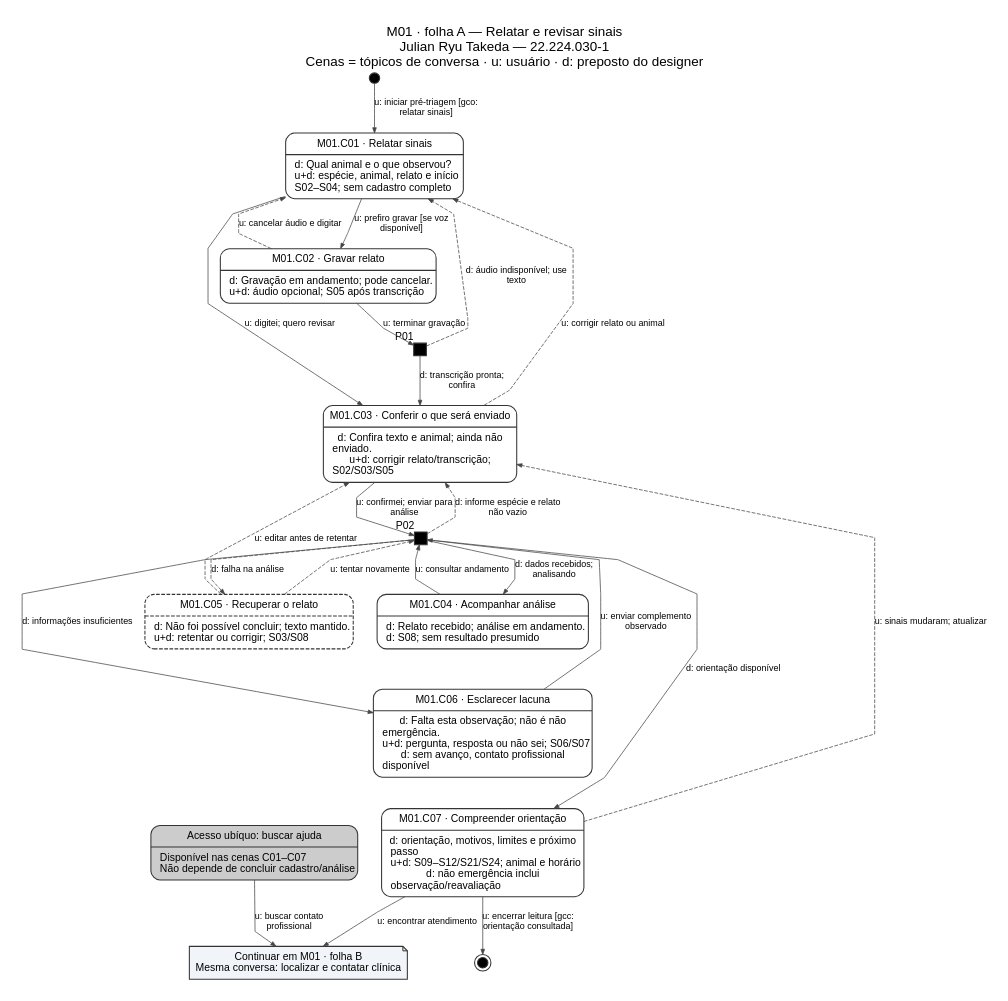
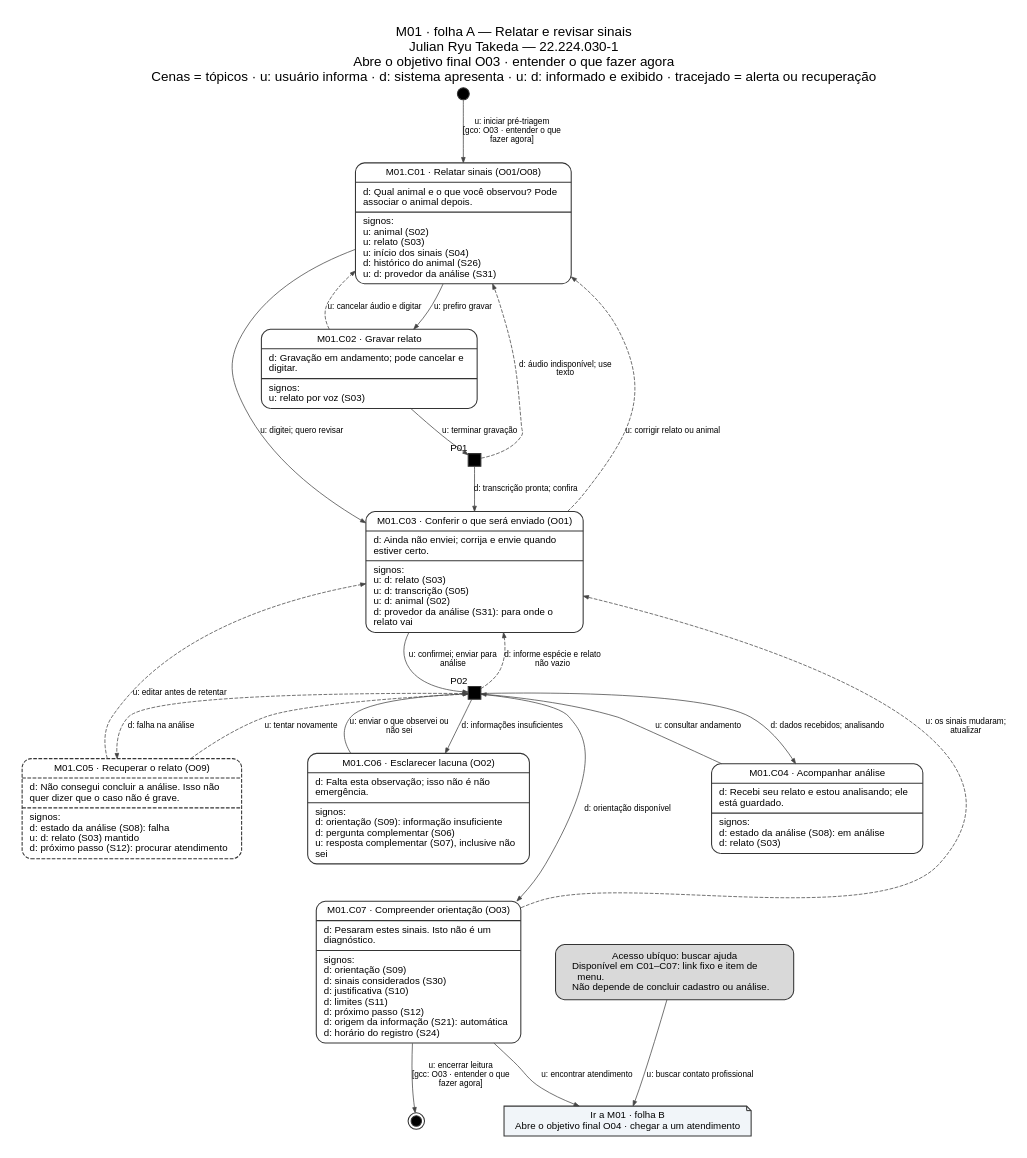
Before and after one commit to Ryu2525/INTERFACE-HUMANO-COMPUTADOR: the diagram in assets/10_molic/molic_m01.dot, drawn with Graphviz. The commit also changed 16 other files, not shown here.

```diff
--- a/assets/10_molic/molic_m01.dot
+++ b/assets/10_molic/molic_m01.dot
@@ -1,41 +1,42 @@
 digraph molic {
-graph [rankdir=TB, bgcolor="white", pad="0.3", nodesep="0.45", ranksep="0.55", splines=polyline, fontname="Arial", fontsize=18, labelloc=t, label="M01 · folha A — Relatar e revisar sinais\nJulian Ryu Takeda — 22.224.030-1\nCenas = tópicos de conversa · u: usuário · d: preposto do designer"];
-node [fontname="Arial", fontsize=14, color="#343434", penwidth=1.4, margin="0.16,0.10"];
-edge [fontname="Arial", fontsize=12, color="#454545", arrowsize=0.7];
-C01 [shape="Mrecord", label="{M01.C01 · Relatar sinais|d: Qual animal e o que observou?\lu+d: espécie, animal, relato e início\lS02–S04; sem cadastro completo\l}", style="solid"];
-inicio [shape="circle", style="filled", fillcolor="black", width="0.20", height="0.20", fixedsize="true", label=""];
-C02 [shape="Mrecord", label="{M01.C02 · Gravar relato|d: Gravação em andamento; pode cancelar.\lu+d: áudio opcional; S05 após transcrição\l}", style="solid"];
-P01 [shape="square", style="filled", fillcolor="black", width="0.23", height="0.23", fixedsize="true", label="", xlabel="P01"];
-P02 [shape="square", style="filled", fillcolor="black", width="0.23", height="0.23", fixedsize="true", label="", xlabel="P02"];
-C03 [shape="Mrecord", label="{M01.C03 · Conferir o que será enviado|d: Confira texto e animal; ainda não\nenviado.\lu+d: corrigir relato/transcrição;\nS02/S03/S05\l}", style="solid"];
-C04 [shape="Mrecord", label="{M01.C04 · Acompanhar análise|d: Relato recebido; análise em andamento.\ld: S08; sem resultado presumido\l}", style="solid"];
-C05 [shape="Mrecord", label="{M01.C05 · Recuperar o relato|d: Não foi possível concluir; texto mantido.\lu+d: retentar ou corrigir; S03/S08\l}", style="dashed"];
-C06 [shape="Mrecord", label="{M01.C06 · Esclarecer lacuna|d: Falta esta observação; não é não\nemergência.\lu+d: pergunta, resposta ou não sei; S06/S07\ld: sem avanço, contato profissional\ndisponível\l}", style="solid"];
-C07 [shape="Mrecord", label="{M01.C07 · Compreender orientação|d: orientação, motivos, limites e próximo\npasso\lu+d: S09–S12/S21/S24; animal e horário\ld: não emergência inclui\nobservação/reavaliação\l}", style="solid"];
-B [shape="note", style="filled", fillcolor="#f1f5f9", label="Continuar em M01 · folha B\nMesma conversa: localizar e contatar clínica"];
-U [shape="Mrecord", label="{Acesso ubíquo: buscar ajuda|Disponível nas cenas C01–C07\lNão depende de concluir cadastro/análise\l}", style="filled", fillcolor="#cccccc"];
+graph [rankdir=TB, bgcolor="white", pad="0.3", nodesep="0.6", ranksep="0.65", splines=true, fontname="Arial", fontsize=18, labelloc=t, label="M01 · folha A — Relatar e revisar sinais\nJulian Ryu Takeda — 22.224.030-1\nAbre o objetivo final O03 · entender o que fazer agora\nCenas = tópicos · u: usuário informa · d: sistema apresenta · u: d: informado e exibido · tracejado = alerta ou recuperação"];
+node [fontname="Arial", fontsize=13, color="#343434", penwidth=1.4, margin="0.14,0.08"];
+edge [fontname="Arial", fontsize=11, color="#454545", arrowsize=0.7];
+inicio [shape="circle", style="filled", fillcolor="black", width="0.22", height="0.22", fixedsize="true", label=""];
+C01 [shape="Mrecord", style="solid", label="{M01.C01 · Relatar sinais (O01/O08)|d: Qual animal e o que você observou? Pode\l   associar o animal depois.\l|signos:\lu: animal (S02)\lu: relato (S03)\lu: início dos sinais (S04)\ld: histórico do animal (S26)\lu: d: provedor da análise (S31)\l}"];
+C02 [shape="Mrecord", style="solid", label="{M01.C02 · Gravar relato|d: Gravação em andamento; pode cancelar e\l   digitar.\l|signos:\lu: relato por voz (S03)\l}"];
+P01 [shape="square", style="filled", fillcolor="black", width="0.24", height="0.24", fixedsize="true", label="", xlabel="P01"];
+C03 [shape="Mrecord", style="solid", label="{M01.C03 · Conferir o que será enviado (O01)|d: Ainda não enviei; corrija e envie quando\l   estiver certo.\l|signos:\lu: d: relato (S03)\lu: d: transcrição (S05)\lu: d: animal (S02)\ld: provedor da análise (S31): para onde o\l      relato vai\l}"];
+P02 [shape="square", style="filled", fillcolor="black", width="0.24", height="0.24", fixedsize="true", label="", xlabel="P02"];
+C04 [shape="Mrecord", style="solid", label="{M01.C04 · Acompanhar análise|d: Recebi seu relato e estou analisando; ele\l   está guardado.\l|signos:\ld: estado da análise (S08): em análise\ld: relato (S03)\l}"];
+C05 [shape="Mrecord", style="dashed", label="{M01.C05 · Recuperar o relato (O09)|d: Não consegui concluir a análise. Isso não\l   quer dizer que o caso não é grave.\l|signos:\ld: estado da análise (S08): falha\lu: d: relato (S03) mantido\ld: próximo passo (S12): procurar atendimento\l}"];
+C06 [shape="Mrecord", style="solid", label="{M01.C06 · Esclarecer lacuna (O02)|d: Falta esta observação; isso não é não\l   emergência.\l|signos:\ld: orientação (S09): informação insuficiente\ld: pergunta complementar (S06)\lu: resposta complementar (S07), inclusive não\l      sei\l}"];
+C07 [shape="Mrecord", style="solid", label="{M01.C07 · Compreender orientação (O03)|d: Pesaram estes sinais. Isto não é um\l   diagnóstico.\l|signos:\ld: orientação (S09)\ld: sinais considerados (S30)\ld: justificativa (S10)\ld: limites (S11)\ld: próximo passo (S12)\ld: origem da informação (S21): automática\ld: horário do registro (S24)\l}"];
+U [shape="box", style="rounded,filled", fillcolor="#d9d9d9", fontsize=13, margin="0.3,0.12", label="Acesso ubíquo: buscar ajuda\nDisponível em C01–C07: link fixo e item de\l   menu.\lNão depende de concluir cadastro ou análise.\l"];
+B [shape="note", style="filled", fillcolor="#f1f5f9", fontsize=13, label="Ir a M01 · folha B\nAbre o objetivo final O04 · chegar a um atendimento"];
 fim [shape="doublecircle", style="filled", fillcolor="black", width="0.20", height="0.20", fixedsize="true", label=""];
-C04 -> C06 -> C07 [style=invis, weight=100];
-inicio -> C01 [label="u: iniciar pré-triagem [gco:\nrelatar sinais]"];
+{rank=same; C04; C05; C06;}
+C06 -> C07 [style=invis, weight=40];
+inicio -> C01 [label="u: iniciar pré-triagem\n[gco: O03 · entender o que\nfazer agora]"];
 C01 -> C03 [label="u: digitei; quero revisar"];
-C01 -> C02 [label="u: prefiro gravar [se voz\ndisponível]"];
+C01 -> C02 [label="u: prefiro gravar"];
 C02 -> P01 [label="u: terminar gravação"];
 C02 -> C01 [label="u: cancelar áudio e digitar", style="dashed"];
-P01 -> C03 [label="d: transcrição pronta;\nconfira"];
+P01 -> C03 [label="d: transcrição pronta; confira"];
 P01 -> C01 [label="d: áudio indisponível; use\ntexto", style="dashed"];
 C03 -> C01 [label="u: corrigir relato ou animal", style="dashed"];
 C03 -> P02 [label="u: confirmei; enviar para\nanálise"];
 P02 -> C03 [label="d: informe espécie e relato\nnão vazio", style="dashed"];
-P02 -> C04 [label="d: dados recebidos;\nanalisando"];
+P02 -> C04 [label="d: dados recebidos; analisando"];
 C04 -> P02 [label="u: consultar andamento"];
 P02 -> C05 [label="d: falha na análise", style="dashed"];
 C05 -> P02 [label="u: tentar novamente", style="dashed"];
 C05 -> C03 [label="u: editar antes de retentar", style="dashed"];
 P02 -> C06 [label="d: informações insuficientes"];
-C06 -> P02 [label="u: enviar complemento\nobservado"];
+C06 -> P02 [label="u: enviar o que observei ou\nnão sei"];
 P02 -> C07 [label="d: orientação disponível"];
 C07 -> B [label="u: encontrar atendimento"];
-C07 -> C03 [label="u: sinais mudaram; atualizar", style="dashed"];
-C07 -> fim [label="u: encerrar leitura [gcc:\norientação consultada]"];
-U -> B [label="u: buscar contato\nprofissional"];
+C07 -> C03 [label="u: os sinais mudaram;\natualizar", style="dashed"];
+C07 -> fim [label="u: encerrar leitura\n[gcc: O03 · entender o que\nfazer agora]"];
+U -> B [label="u: buscar contato profissional"];
 }
```
